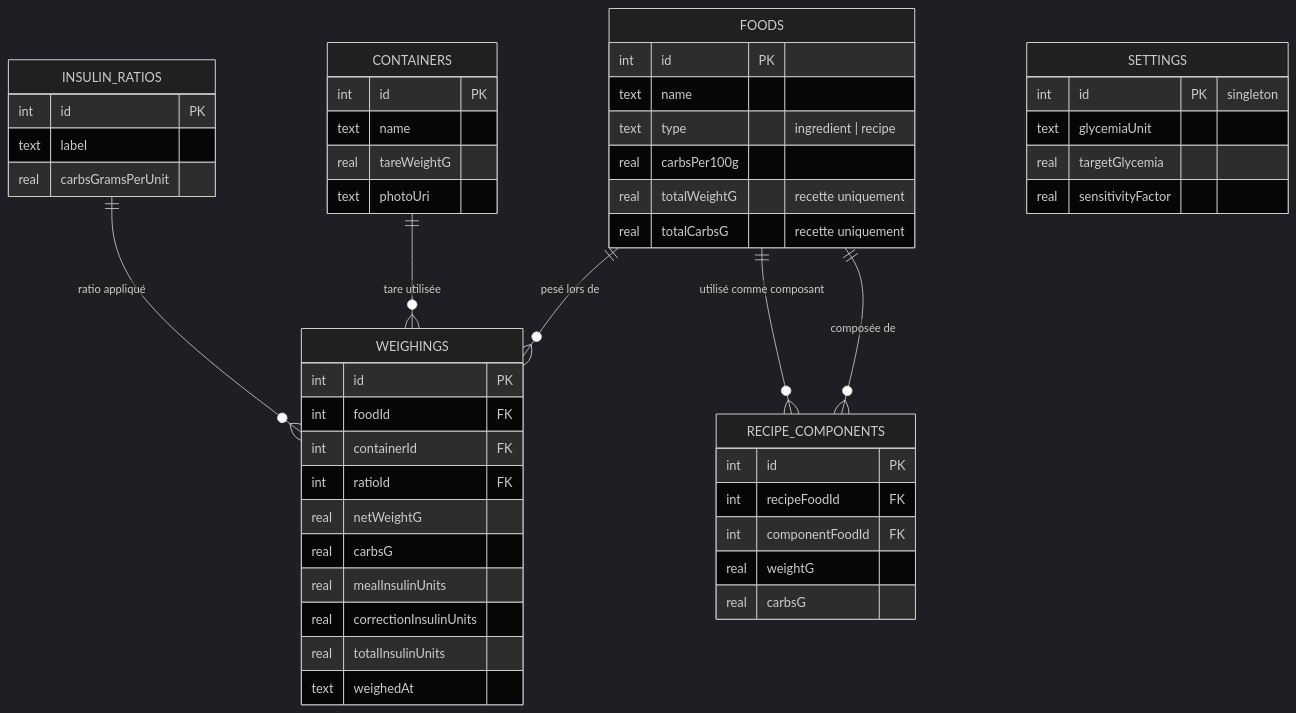
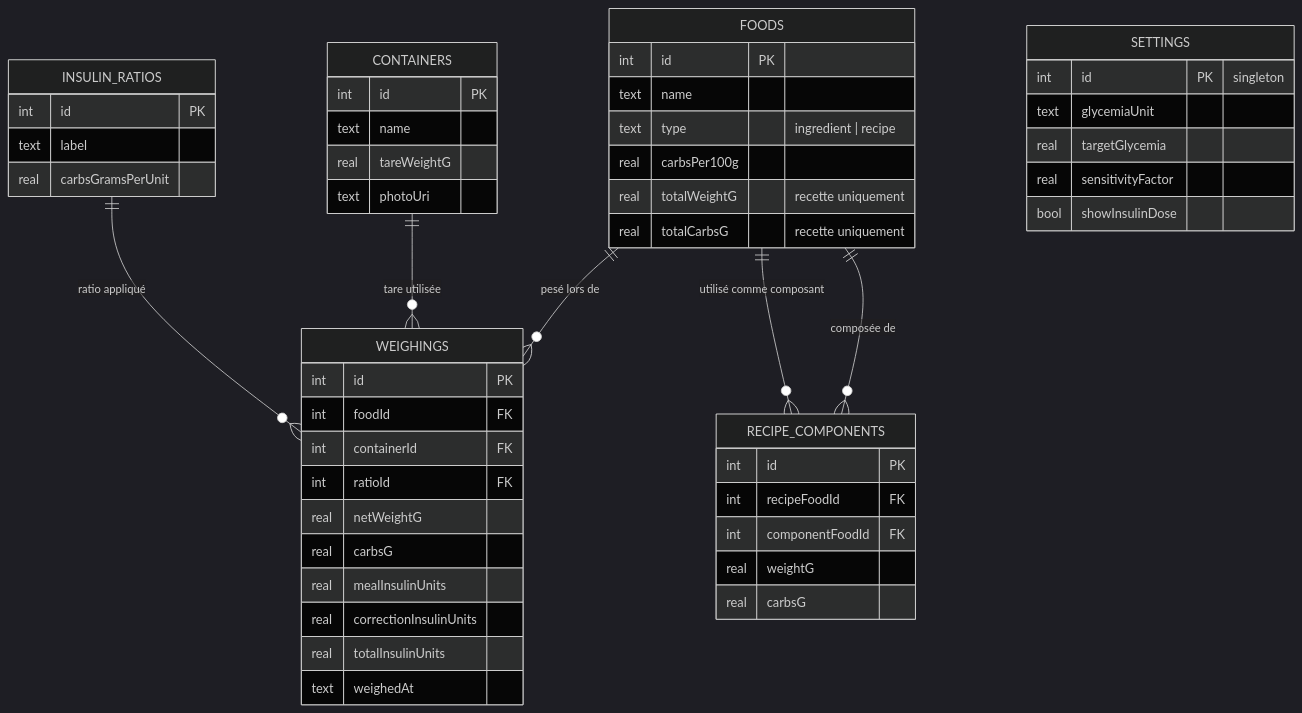
Before and after one commit to Forthtilliath/glucodose: the diagram in README.md, drawn with Mermaid (dark theme). The commit also changed other lines of this file and 32 other files, not shown here.

````diff
--- a/README.md
+++ b/README.md
@@ -70,53 +72,54 @@
 ```mermaid
 erDiagram
     CONTAINERS {
         int id PK
         text name
         real tareWeightG
         text photoUri
     }
     FOODS {
         int id PK
         text name
         text type "ingredient | recipe"
         real carbsPer100g
         real totalWeightG "recette uniquement"
         real totalCarbsG "recette uniquement"
     }
     RECIPE_COMPONENTS {
         int id PK
         int recipeFoodId FK
         int componentFoodId FK
         real weightG
         real carbsG
     }
     INSULIN_RATIOS {
         int id PK
         text label
         real carbsGramsPerUnit
     }
     SETTINGS {
         int id PK "singleton"
         text glycemiaUnit
         real targetGlycemia
         real sensitivityFactor
+        bool showInsulinDose
     }
     WEIGHINGS {
         int id PK
         int foodId FK
         int containerId FK
         int ratioId FK
         real netWeightG
         real carbsG
         real mealInsulinUnits
         real correctionInsulinUnits
         real totalInsulinUnits
         text weighedAt
     }
 
     FOODS ||--o{ RECIPE_COMPONENTS : "composée de"
     FOODS ||--o{ RECIPE_COMPONENTS : "utilisé comme composant"
     FOODS ||--o{ WEIGHINGS : "pesé lors de"
     CONTAINERS ||--o{ WEIGHINGS : "tare utilisée"
     INSULIN_RATIOS ||--o{ WEIGHINGS : "ratio appliqué"
 ```
````
